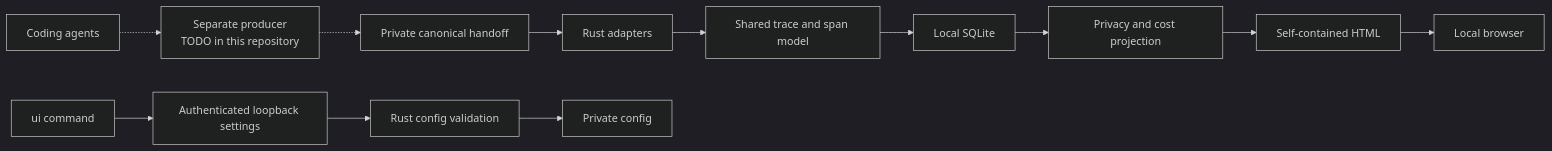
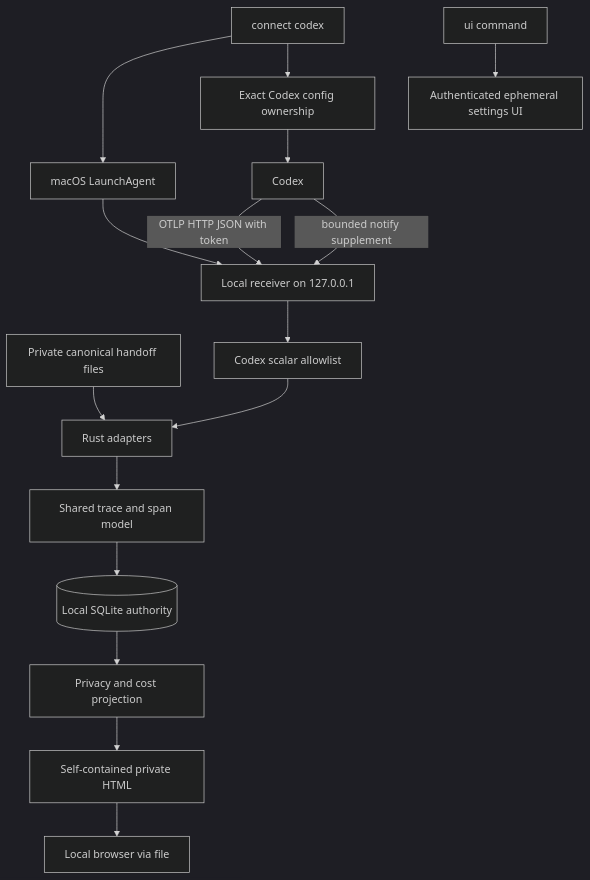
Before and after one commit to MCprotein/agent-observability: the first of 2 diagrams in README.md, drawn with Mermaid (dark theme). The commit also changed other lines of this file and 10 other files, not shown here.

````diff
--- a/README.md
+++ b/README.md
@@ -152,14 +189,18 @@
 ```mermaid
-flowchart LR
-    A["Coding agents"] -.-> P["Separate producer<br/>TODO in this repository"]
-    P -.-> B["Private canonical handoff"]
-    B --> C["Rust adapters"]
-    C --> D["Shared trace and span model"]
-    D --> E["Local SQLite"]
-    E --> F["Privacy and cost projection"]
-    F --> G["Self-contained HTML"]
-    G --> H["Local browser"]
-    I["ui command"] --> J["Authenticated loopback settings"]
-    J --> K["Rust config validation"]
-    K --> L["Private config"]
+flowchart TB
+    Codex["Codex"] -->|"OTLP HTTP JSON with token"| Receiver["Local receiver on 127.0.0.1"]
+    Codex -->|"bounded notify supplement"| Receiver
+    Manual["Private canonical handoff files"] --> Adapters["Rust adapters"]
+    Receiver --> Allowlist["Codex scalar allowlist"]
+    Allowlist --> Adapters
+    Adapters --> Domain["Shared trace and span model"]
+    Domain --> Store[("Local SQLite authority")]
+    Store --> Report["Privacy and cost projection"]
+    Report --> HTML["Self-contained private HTML"]
+    HTML --> Browser["Local browser via file"]
+    Connect["connect codex"] --> LaunchAgent["macOS LaunchAgent"]
+    Connect --> Ownership["Exact Codex config ownership"]
+    LaunchAgent --> Receiver
+    Ownership --> Codex
+    Settings["ui command"] --> Config["Authenticated ephemeral settings UI"]
 ```
````
